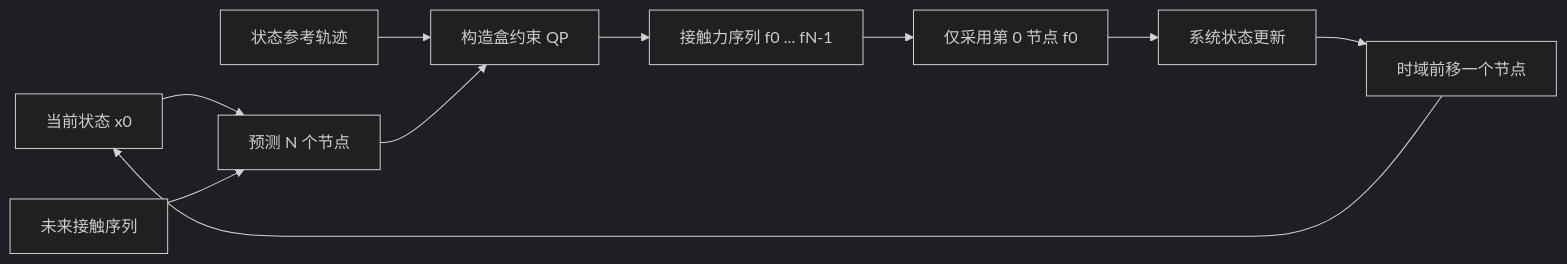
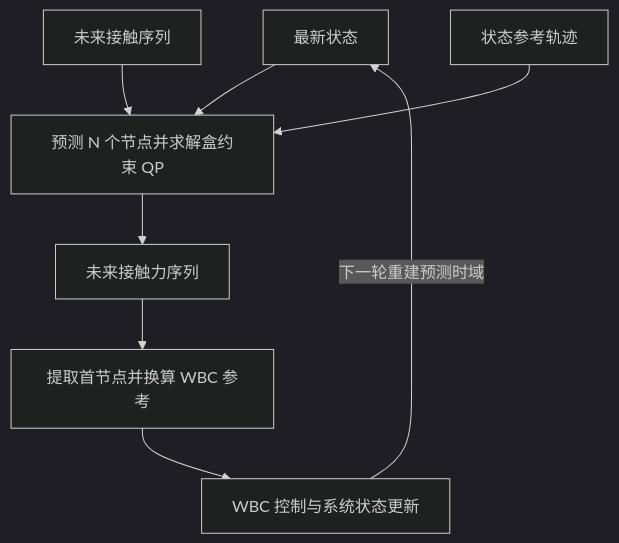
Before and after one commit to yingjian-peng/Lite3_MPC-WBC_project: the fourth of 6 diagrams in docs/03_基于MPC+WBC的四足狗运动控制理论与实现.md, drawn with Mermaid (dark theme). The commit also changed other lines of this file and 4 other files, not shown here.

````diff
--- a/docs/03_基于MPC+WBC的四足狗运动控制理论与实现.md
+++ b/docs/03_基于MPC+WBC的四足狗运动控制理论与实现.md
@@ -485,12 +440,10 @@
 ```mermaid
-flowchart LR
-    X0[当前状态 x0] --> Predict[预测 N 个节点]
-    ContactPlan[未来接触序列] --> Predict
-    Reference[状态参考轨迹] --> QP[构造盒约束 QP]
-    Predict --> QP
-    QP --> Forces[接触力序列 f0 ... fN-1]
-    Forces --> Apply[仅采用第 0 节点 f0]
-    Apply --> Plant[系统状态更新]
-    Plant --> Shift[时域前移一个节点]
-    Shift --> X0
+flowchart TB
+    X0[最新状态] --> QP[预测 N 个节点并求解盒约束 QP]
+    ContactPlan[未来接触序列] --> QP
+    Reference[状态参考轨迹] --> QP
+    QP --> Forces[未来接触力序列]
+    Forces --> Apply[提取首节点并换算 WBC 参考]
+    Apply --> Plant[WBC 控制与系统状态更新]
+    Plant -->|下一轮重建预测时域| X0
 ```
````
